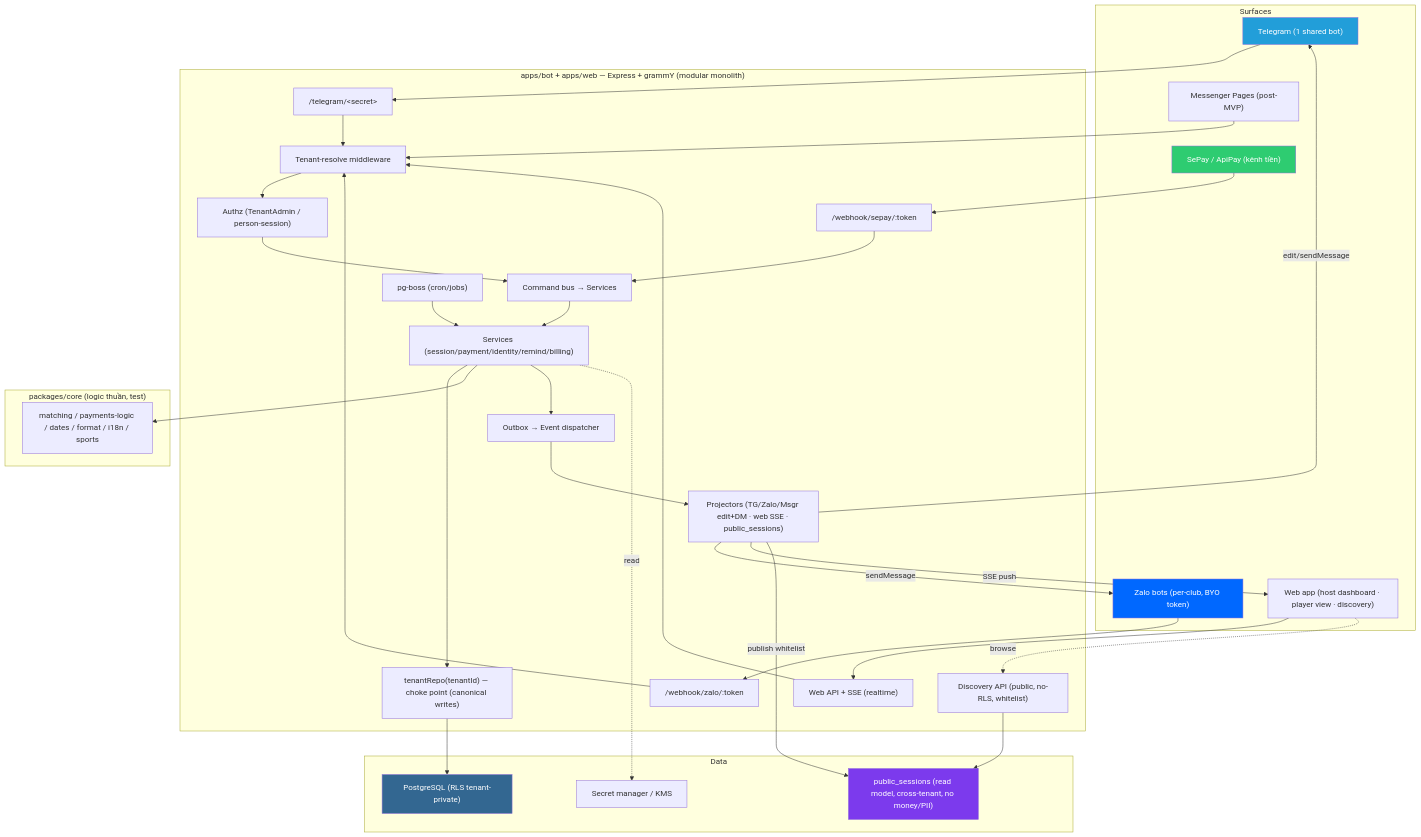
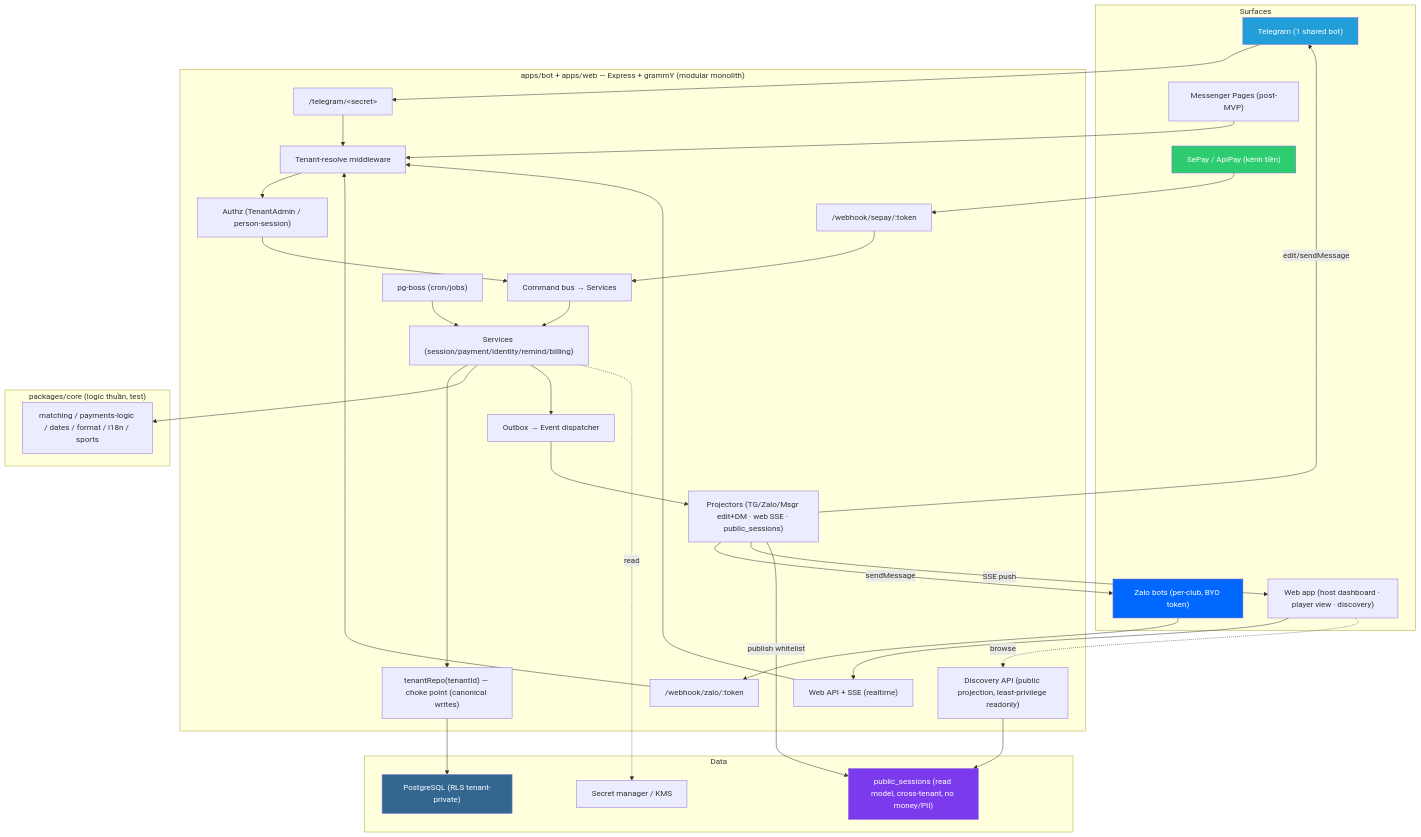
The first of 3 diagrams in docs/core/TDD.md (maingocanh1702/plexco-app), drawn with Mermaid before and after one commit. The commit also changed other lines of this file and 43 other files, not shown here.

````diff
--- a/docs/core/TDD.md
+++ b/docs/core/TDD.md
@@ -95,58 +95,58 @@
 ```mermaid
 graph TB
     subgraph Surfaces
         TG["Telegram (1 shared bot)"]
         ZALO["Zalo bots (per-club, BYO token)"]
         MSGR["Messenger Pages (post-MVP)"]
         WEBUI["Web app (host dashboard · player view · discovery)"]
         SEPAY["SePay / ApiPay (kênh tiền)"]
     end
 
     subgraph Backend ["apps/bot + apps/web — Express + grammY (modular monolith)"]
         TGWH["/telegram/&lt;secret&gt;"]
         ZWH["/webhook/zalo/:token"]
         PWH["/webhook/sepay/:token"]
         WAPI["Web API + SSE (realtime)"]
-        DISC["Discovery API (public, no-RLS, whitelist)"]
+        DISC["Discovery API (public projection, least-privilege readonly)"]
         MW["Tenant-resolve middleware"]
         AUTHZ["Authz (TenantAdmin / person-session)"]
         CMD["Command bus → Services"]
         SERV["Services (session/payment/identity/remind/billing)"]
         REPO["tenantRepo(tenantId) — choke point (canonical writes)"]
         OUTBOX["Outbox → Event dispatcher"]
         PROJ["Projectors (TG/Zalo/Msgr edit+DM · web SSE · public_sessions)"]
         QUEUE["pg-boss (cron/jobs)"]
     end
 
     subgraph Core ["packages/core (logic thuần, test)"]
         MATCH["matching / payments-logic / dates / format / i18n / sports"]
     end
 
     subgraph Data
         PG["PostgreSQL (RLS tenant-private)"]
         PUB["public_sessions (read model, cross-tenant, no money/PII)"]
         KMS["Secret manager / KMS"]
     end
 
     TG --> TGWH --> MW
     ZALO --> ZWH --> MW
     MSGR --> MW
     SEPAY --> PWH --> CMD
     WEBUI --> WAPI --> MW
     WEBUI -. browse .-> DISC --> PUB
     MW --> AUTHZ --> CMD --> SERV --> REPO --> PG
     SERV --> MATCH
     SERV --> OUTBOX --> PROJ
     PROJ -->|edit/sendMessage| TG
     PROJ -->|sendMessage| ZALO
     PROJ -->|SSE push| WEBUI
     PROJ -->|publish whitelist| PUB
     QUEUE --> SERV
     SERV -. read .-> KMS
 
     style PG fill:#336791,color:#fff
     style PUB fill:#7c3aed,color:#fff
     style TG fill:#229ED9,color:#fff
     style ZALO fill:#0068FF,color:#fff
     style SEPAY fill:#2ECC71,color:#fff
 ```
````
